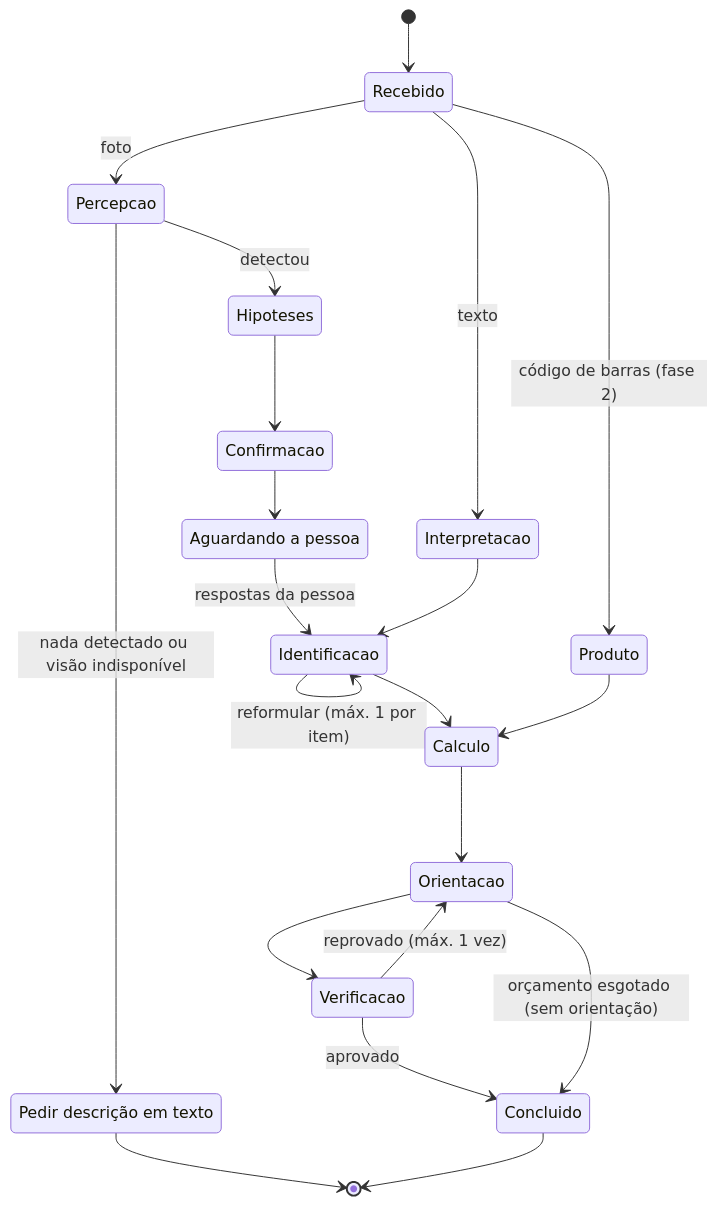
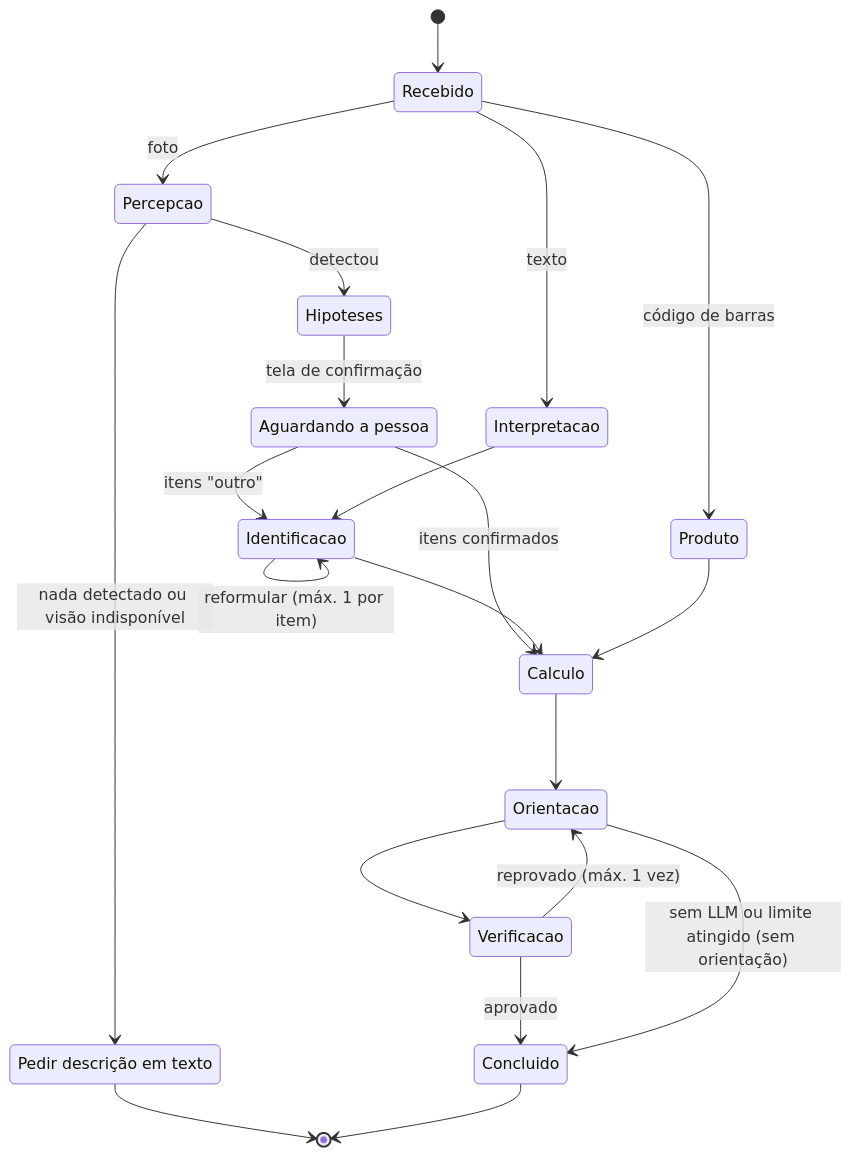
The second of 4 diagrams in docs/architecture/multiagentes.md (residencia-ia-Challenge-2/documentacao), drawn with Mermaid before and after one commit. The commit also changed other lines of this file and 5 other files, not shown here.

First line of the commit message:
docs: alinha proposta multiagentes ao backend e corrige status do código de barras

````diff
--- a/docs/architecture/multiagentes.md
+++ b/docs/architecture/multiagentes.md
@@ -145,29 +152,29 @@
 ```mermaid
 stateDiagram-v2
     state "Aguardando a pessoa" as AguardandoPessoa
     state "Pedir descrição em texto" as PedirTexto
 
     [*] --> Recebido
     Recebido --> Interpretacao: texto
     Recebido --> Percepcao: foto
-    Recebido --> Produto: código de barras (fase 2)
+    Recebido --> Produto: código de barras
 
     Percepcao --> Hipoteses: detectou
     Percepcao --> PedirTexto: nada detectado ou visão indisponível
     PedirTexto --> [*]
-    Hipoteses --> Confirmacao
-    Confirmacao --> AguardandoPessoa
-    AguardandoPessoa --> Identificacao: respostas da pessoa
+    Hipoteses --> AguardandoPessoa: tela de confirmação
+    AguardandoPessoa --> Calculo: itens confirmados
+    AguardandoPessoa --> Identificacao: itens "outro"
 
     Interpretacao --> Identificacao
     Identificacao --> Identificacao: reformular (máx. 1 por item)
     Identificacao --> Calculo
     Produto --> Calculo
 
     Calculo --> Orientacao
     Orientacao --> Verificacao
     Verificacao --> Orientacao: reprovado (máx. 1 vez)
     Verificacao --> Concluido: aprovado
-    Orientacao --> Concluido: orçamento esgotado (sem orientação)
+    Orientacao --> Concluido: sem LLM ou limite atingido (sem orientação)
     Concluido --> [*]
 ```
````
